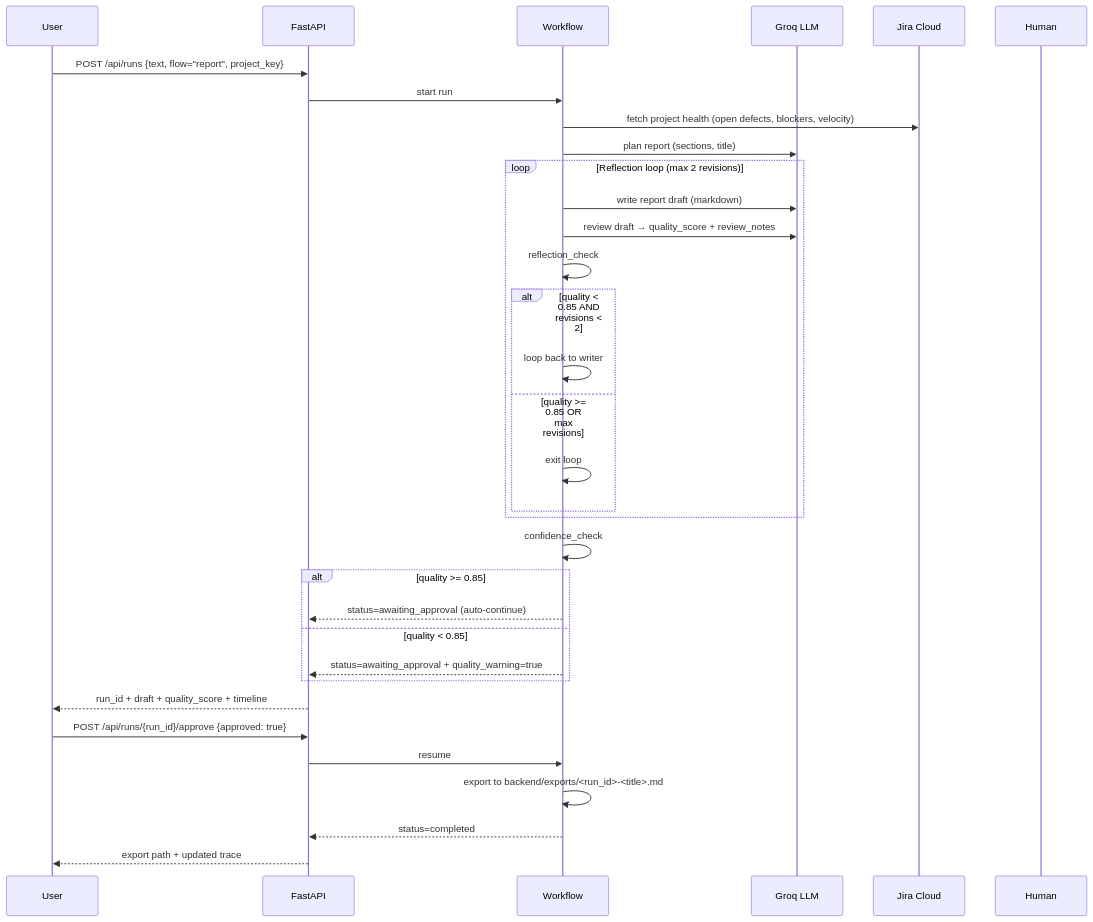
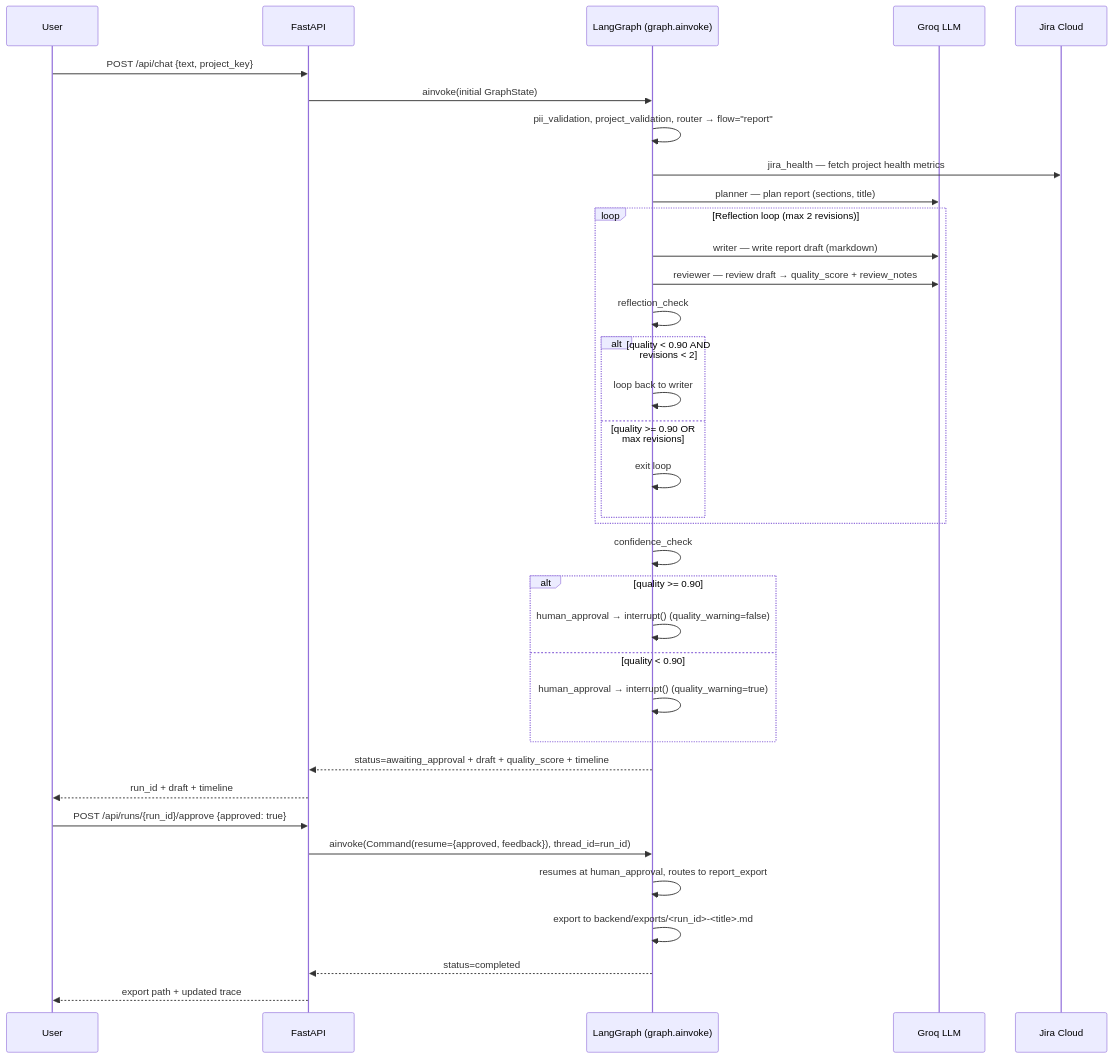
One commit to amit2440/jira-ai-agent changed the second of 5 diagrams in docs/SEQUENCE.md. Above: the diagram before and after it, drawn with Mermaid. The commit also changed other lines of this file and 31 other files, not shown here.

Commit message:
fix: Docs & Diagrams

````diff
--- a/docs/SEQUENCE.md
+++ b/docs/SEQUENCE.md
@@ -37,39 +42,41 @@
 ```mermaid
 sequenceDiagram
     participant U as User
     participant API as FastAPI
-    participant WF as Workflow
+    participant G as LangGraph (graph.ainvoke)
     participant LLM as Groq LLM
     participant J as Jira Cloud
-    participant H as Human
 
-    U->>API: POST /api/runs {text, flow="report", project_key}
-    API->>WF: start run
-    WF->>J: fetch project health (open defects, blockers, velocity)
-    WF->>LLM: plan report (sections, title)
-    
+    U->>API: POST /api/chat {text, project_key}
+    API->>G: ainvoke(initial GraphState)
+    G->>G: pii_validation, project_validation, router → flow="report"
+    G->>J: jira_health — fetch project health metrics
+    G->>LLM: planner — plan report (sections, title)
+
     loop Reflection loop (max 2 revisions)
-        WF->>LLM: write report draft (markdown)
-        WF->>LLM: review draft → quality_score + review_notes
-        WF->>WF: reflection_check
-        alt quality < 0.85 AND revisions < 2
-            WF->>WF: loop back to writer
-        else quality >= 0.85 OR max revisions
-            WF->>WF: exit loop
+        G->>LLM: writer — write report draft (markdown)
+        G->>LLM: reviewer — review draft → quality_score + review_notes
+        G->>G: reflection_check
+        alt quality < 0.90 AND revisions < 2
+            G->>G: loop back to writer
+        else quality >= 0.90 OR max revisions
+            G->>G: exit loop
         end
     end
 
-    WF->>WF: confidence_check
-    alt quality >= 0.85
-        WF-->>API: status=awaiting_approval (auto-continue)
-    else quality < 0.85
-        WF-->>API: status=awaiting_approval + quality_warning=true
+    G->>G: confidence_check
+    alt quality >= 0.90
+        G->>G: human_approval → interrupt() (quality_warning=false)
+    else quality < 0.90
+        G->>G: human_approval → interrupt() (quality_warning=true)
     end
-    API-->>U: run_id + draft + quality_score + timeline
+    G-->>API: status=awaiting_approval + draft + quality_score + timeline
+    API-->>U: run_id + draft + timeline
 
     U->>API: POST /api/runs/{run_id}/approve {approved: true}
-    API->>WF: resume
-    WF->>WF: export to backend/exports/<run_id>-<title>.md
-    WF-->>API: status=completed
+    API->>G: ainvoke(Command(resume={approved, feedback}), thread_id=run_id)
+    G->>G: resumes at human_approval, routes to report_export
+    G->>G: export to backend/exports/<run_id>-<title>.md
+    G-->>API: status=completed
     API-->>U: export path + updated trace
 ```
````
